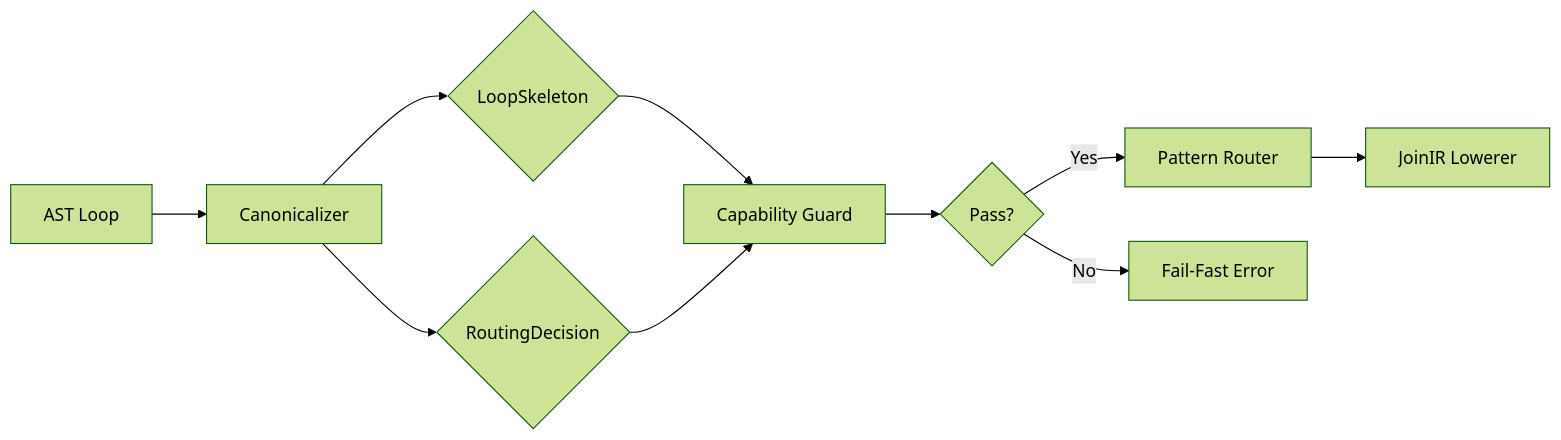
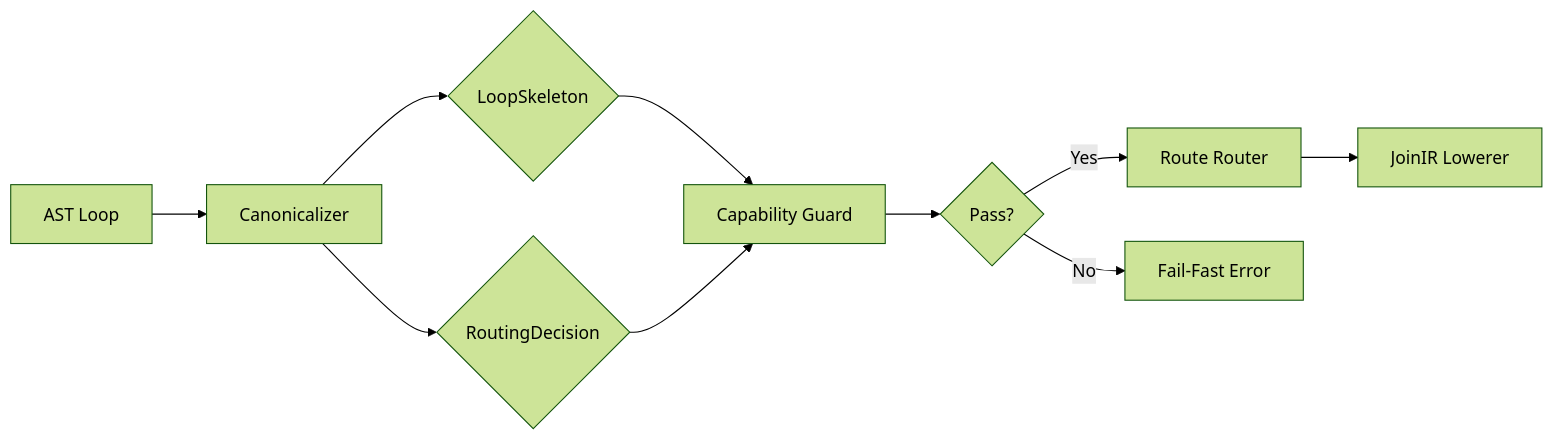
Before and after one commit to hakorune/hakorune: the first of 2 diagrams in docs/development/current/main/design/loop-canonicalizer.md, drawn with Mermaid (forest theme). The commit also changed other lines of this file and 6 other files, not shown here.

````diff
--- a/docs/development/current/main/design/loop-canonicalizer.md
+++ b/docs/development/current/main/design/loop-canonicalizer.md
@@ -14,12 +14,12 @@
 ```mermaid
 graph LR
     A[AST Loop] --> B[Canonicalizer]
     B --> C{LoopSkeleton}
     B --> D{RoutingDecision}
     C --> E[Capability Guard]
     D --> E
     E --> F{Pass?}
-    F -->|Yes| G[Pattern Router]
+    F -->|Yes| G[Route Router]
     F -->|No| H[Fail-Fast Error]
     G --> I[JoinIR Lowerer]
 ```
````
